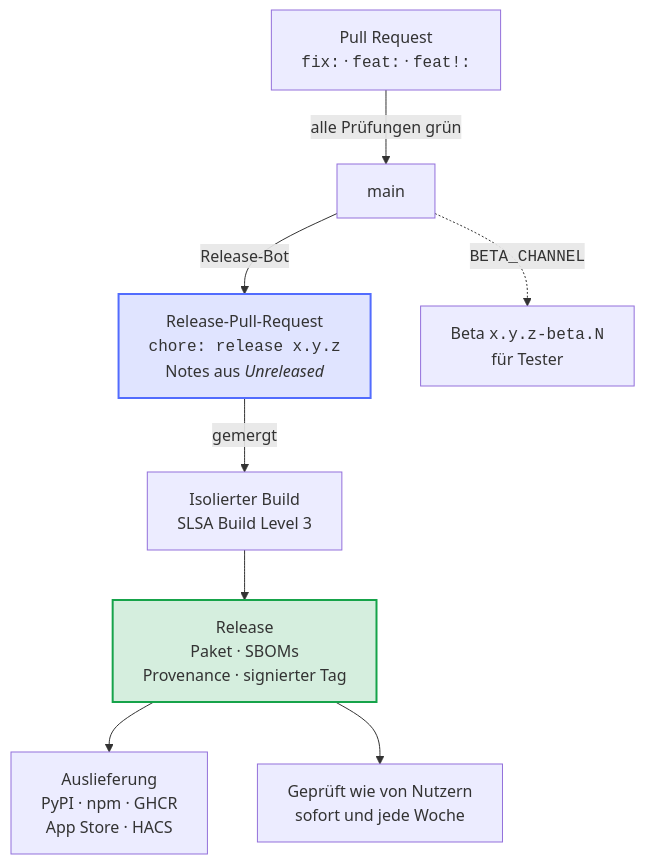
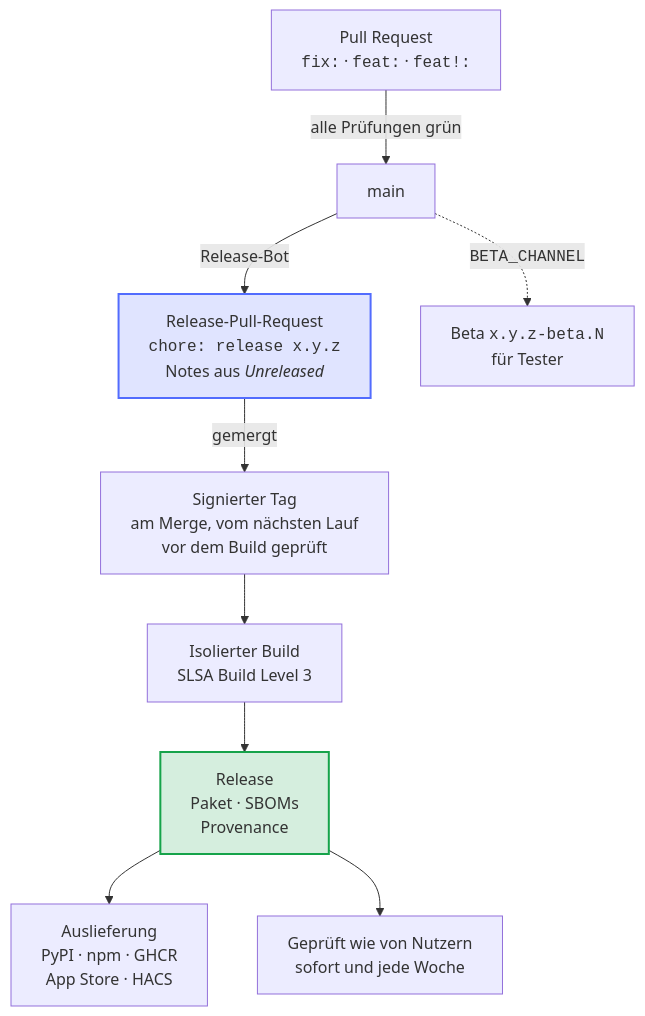
Before and after one commit to Dennis-Otto/repo-blueprint: the second of 6 diagrams in README.de.md, drawn with Mermaid. The commit also changed other lines of this file and 11 other files, not shown here.

````diff
--- a/README.de.md
+++ b/README.de.md
@@ -89,31 +89,32 @@
 ```mermaid
 ---
 config:
   flowchart:
     wrappingWidth: 400
 ---
 flowchart TB
     accTitle: Von einer Änderung zum Release
-    accDescr: Ein Pull Request mit dem Titel fix, feat oder feat! merged in main, sobald alle Prüfungen grün sind. Der Release-Bot hält einen Release-Pull-Request mit der nächsten Version und dem Text von Unreleased. Sein Merge baut das Release isoliert, signiert und veröffentlicht es, liefert es aus und prüft es, sofort und jede Woche. Mit BETA_CHANNEL wird außerdem jede Änderung für Nutzer zu einer Beta.
+    accDescr: Ein Pull Request mit dem Titel fix, feat oder feat! merged in main, sobald alle Prüfungen grün sind. Der Release-Bot hält einen Release-Pull-Request mit der nächsten Version und dem Text von Unreleased. Sein Merge signiert zuerst seinen Tag, im nächsten Lauf des Release-Bots, baut dann das Release isoliert, sobald der Tag geprüft ist, signiert und veröffentlicht es, liefert es aus und prüft es, sofort und jede Woche. Mit BETA_CHANNEL wird außerdem jede Änderung für Nutzer zu einer Beta.
 
     pr["Pull Request<br><code>fix:</code> · <code>feat:</code> · <code>feat!:</code>"]
     main["main"]
     rpr["Release-Pull-Request<br><code>chore: release x.y.z</code><br>Notes aus <i>Unreleased</i>"]
     beta["Beta <code>x.y.z-beta.N</code><br>für Tester"]
+    tag["Signierter Tag<br>am Merge, vom nächsten Lauf<br>vor dem Build geprüft"]
     build["Isolierter Build<br>SLSA Build Level 3"]
-    release["Release<br>Paket · SBOMs<br>Provenance · signierter Tag"]
+    release["Release<br>Paket · SBOMs<br>Provenance"]
     deliver["Auslieferung<br>PyPI · npm · GHCR<br>App Store · HACS"]
     verify["Geprüft wie von Nutzern<br>sofort und jede Woche"]
 
     pr -- "alle Prüfungen grün" --> main
     main -- "Release-Bot" --> rpr
     main -. "<code>BETA_CHANNEL</code>" .-> beta
-    rpr -- "gemergt" --> build --> release
+    rpr -- "gemergt" --> tag --> build --> release
     release --> deliver
     release --> verify
 
     classDef bot fill:#526cfe2e,stroke:#526cfe,stroke-width:2px
     classDef done fill:#16a34a2e,stroke:#16a34a,stroke-width:2px
     class rpr bot
     class release done
 ```
````
